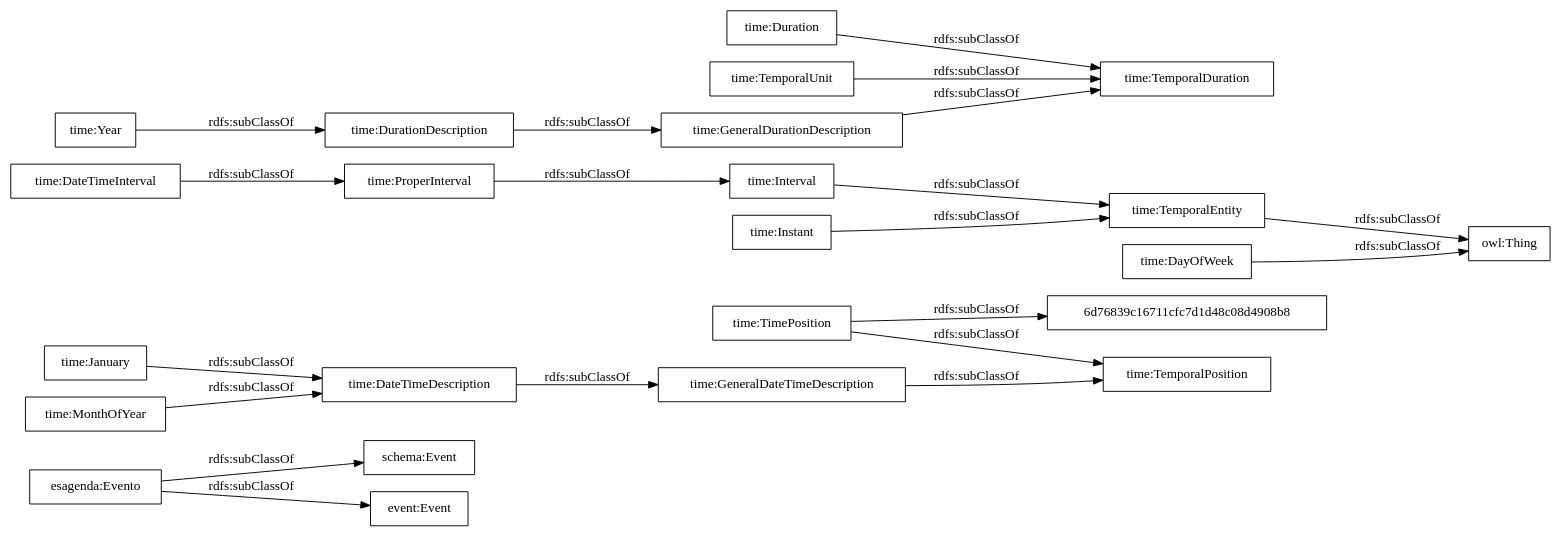
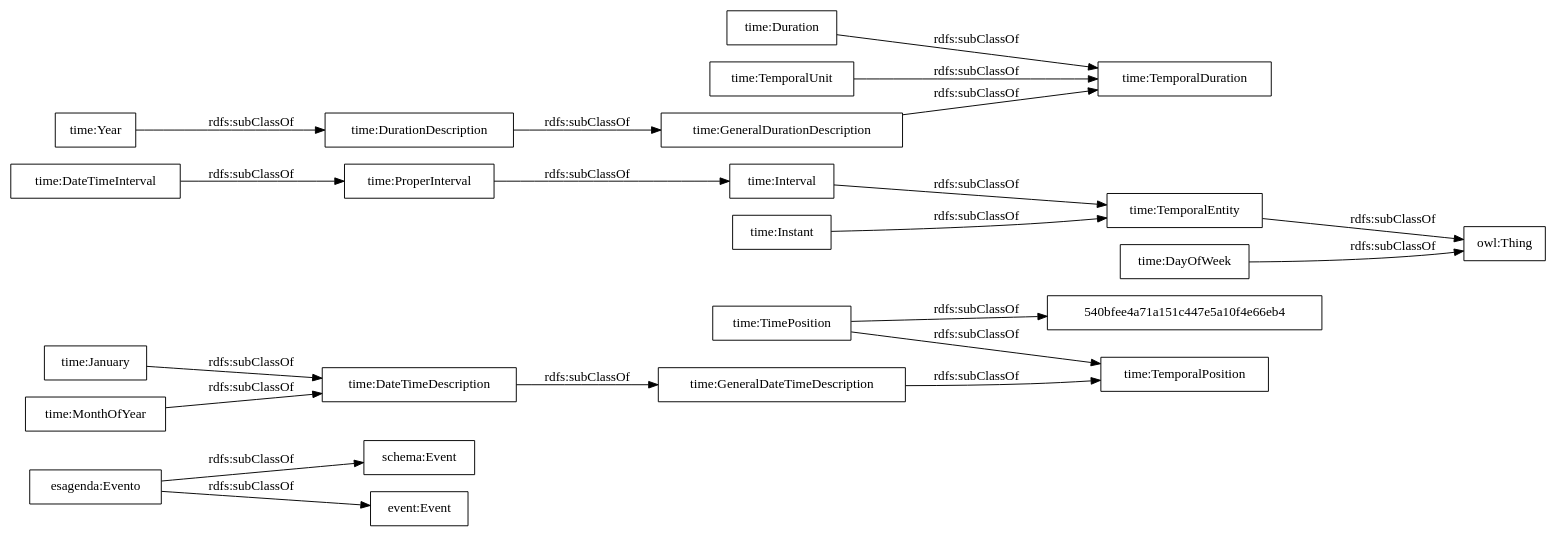
The diagram in OnToology/agenda.owl/diagrams/ar2dtool-taxonomy/agenda.owl.png.dot (paoespinozarias/cultura-ocio-agenda-eventos-actividades), drawn with Graphviz before and after one commit. The commit also changed 5 other files, not shown here.

```diff
--- a/OnToology/agenda.owl/diagrams/ar2dtool-taxonomy/agenda.owl.png.dot
+++ b/OnToology/agenda.owl/diagrams/ar2dtool-taxonomy/agenda.owl.png.dot
@@ -1,25 +1,25 @@
 digraph ar2dtool_diagram { 
 rankdir=LR;
 size="1000"
-node [shape = rectangle, color="black"]; "esagenda:Evento" "schema:Event" "event:Event" "time:GeneralDateTimeDescription" "time:DateTimeInterval" "6d76839c16711cfc7d1d48c08d4908b8" "time:DurationDescription" "time:TemporalDuration" "time:Duration" "time:GeneralDurationDescription" "time:January" "time:ProperInterval" "time:TimePosition" "time:TemporalPosition" "time:Interval" "time:TemporalEntity" "time:Year" "time:MonthOfYear" "time:DateTimeDescription" "time:TemporalUnit" "time:Instant" "time:DayOfWeek" ; /*classes style*/
+node [shape = rectangle, color="black"]; "esagenda:Evento" "schema:Event" "event:Event" "time:GeneralDateTimeDescription" "time:DateTimeInterval" "time:DurationDescription" "time:TemporalDuration" "time:Duration" "time:GeneralDurationDescription" "time:January" "time:ProperInterval" "time:TimePosition" "time:TemporalPosition" "time:Interval" "time:TemporalEntity" "540bfee4a71a151c447e5a10f4e66eb4" "time:Year" "time:MonthOfYear" "time:DateTimeDescription" "time:TemporalUnit" "time:Instant" "time:DayOfWeek" ; /*classes style*/
 	"time:TemporalEntity" -> "owl:Thing" [ label = "rdfs:subClassOf" ];
 	"time:DateTimeInterval" -> "time:ProperInterval" [ label = "rdfs:subClassOf" ];
 	"time:DayOfWeek" -> "owl:Thing" [ label = "rdfs:subClassOf" ];
 	"time:TemporalUnit" -> "time:TemporalDuration" [ label = "rdfs:subClassOf" ];
 	"time:Year" -> "time:DurationDescription" [ label = "rdfs:subClassOf" ];
 	"time:Interval" -> "time:TemporalEntity" [ label = "rdfs:subClassOf" ];
 	"time:MonthOfYear" -> "time:DateTimeDescription" [ label = "rdfs:subClassOf" ];
 	"time:GeneralDurationDescription" -> "time:TemporalDuration" [ label = "rdfs:subClassOf" ];
 	"time:GeneralDateTimeDescription" -> "time:TemporalPosition" [ label = "rdfs:subClassOf" ];
 	"time:DateTimeDescription" -> "time:GeneralDateTimeDescription" [ label = "rdfs:subClassOf" ];
 	"time:DurationDescription" -> "time:GeneralDurationDescription" [ label = "rdfs:subClassOf" ];
-	"time:TimePosition" -> "6d76839c16711cfc7d1d48c08d4908b8" [ label = "rdfs:subClassOf" ];
+	"time:TimePosition" -> "540bfee4a71a151c447e5a10f4e66eb4" [ label = "rdfs:subClassOf" ];
 	"time:TimePosition" -> "time:TemporalPosition" [ label = "rdfs:subClassOf" ];
 	"time:January" -> "time:DateTimeDescription" [ label = "rdfs:subClassOf" ];
 	"time:ProperInterval" -> "time:Interval" [ label = "rdfs:subClassOf" ];
 	"time:Instant" -> "time:TemporalEntity" [ label = "rdfs:subClassOf" ];
 	"esagenda:Evento" -> "schema:Event" [ label = "rdfs:subClassOf" ];
 	"esagenda:Evento" -> "event:Event" [ label = "rdfs:subClassOf" ];
 	"time:Duration" -> "time:TemporalDuration" [ label = "rdfs:subClassOf" ];
 
 }
```
